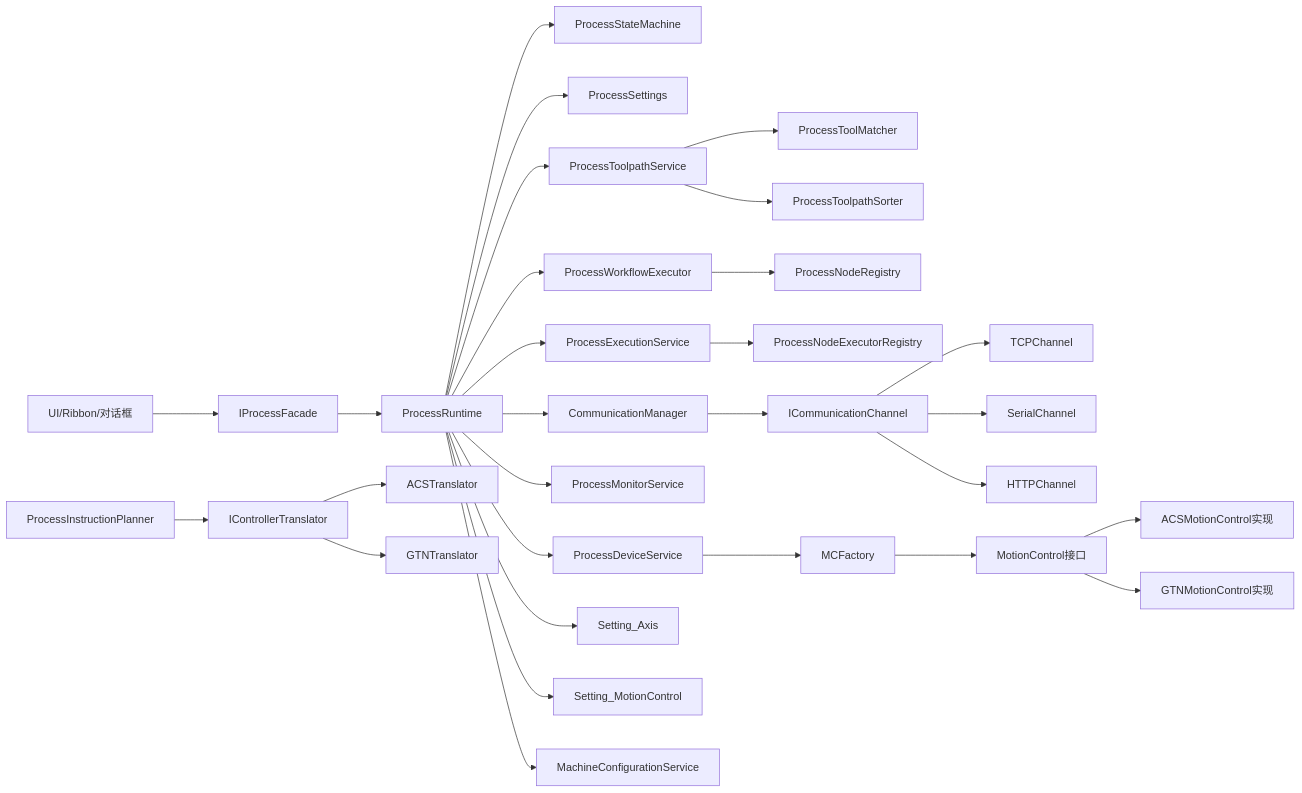
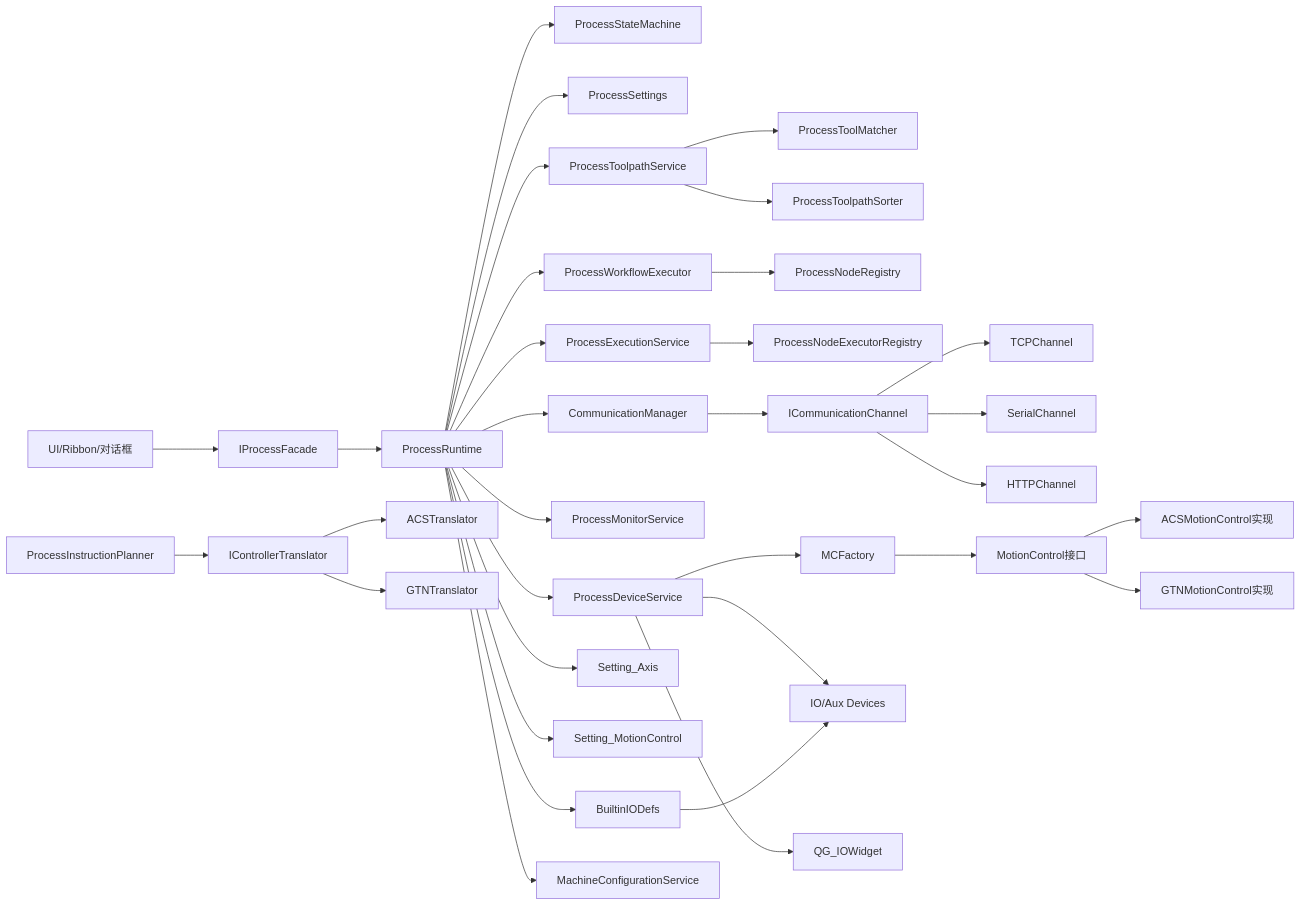
Before and after one commit to super1wang/LaserCNCv1.0: the second of 11 diagrams in .qoder/repowiki/zh/content/项目概述/模块设计/Process模块设计/Process模块设计.md, drawn with Mermaid. The commit also changed other lines of this file and 45 other files, not shown here.

````diff
--- a/.qoder/repowiki/zh/content/项目概述/模块设计/Process模块设计/Process模块设计.md
+++ b/.qoder/repowiki/zh/content/项目概述/模块设计/Process模块设计/Process模块设计.md
@@ -227,31 +243,35 @@
 ```mermaid
 graph LR
 UI["UI/Ribbon/对话框"] --> IF["IProcessFacade"]
 IF --> PR["ProcessRuntime"]
 PR --> PSM["ProcessStateMachine"]
 PR --> PS["ProcessSettings"]
 PR --> PD["ProcessDeviceService"]
 PR --> PTS["ProcessToolpathService"]
 PR --> PWS["ProcessWorkflowExecutor"]
 PR --> PES["ProcessExecutionService"]
 PR --> PMS["ProcessMonitorService"]
 PR --> PCM["CommunicationManager"]
 PR --> SA["Setting_Axis"]
 PR --> SMC["Setting_MotionControl"]
+PR --> BIO["BuiltinIODefs"]
 PR --> MC["MachineConfigurationService"]
 PTS --> PTM["ProcessToolMatcher"]
 PTS --> STS["ProcessToolpathSorter"]
 PWS --> PNR["ProcessNodeRegistry"]
 PES --> PNER["ProcessNodeExecutorRegistry"]
 PIP["ProcessInstructionPlanner"] --> ICT["IControllerTranslator"]
 ICT --> ACT["ACSTranslator"]
 ICT --> GNT["GTNTranslator"]
 PCM --> ICC["ICommunicationChannel"]
 ICC --> TCP["TCPChannel"]
 ICC --> SRL["SerialChannel"]
 ICC --> HTTP["HTTPChannel"]
 PD --> MCFactory["MCFactory"]
 MCFactory --> PMC["MotionControl接口"]
 PMC --> ACS["ACSMotionControl实现"]
 PMC --> GTN["GTNMotionControl实现"]
+PD --> PIO["IO/Aux Devices"]
+PD --> QIW["QG_IOWidget"]
+BIO --> PIO
 ```
````
